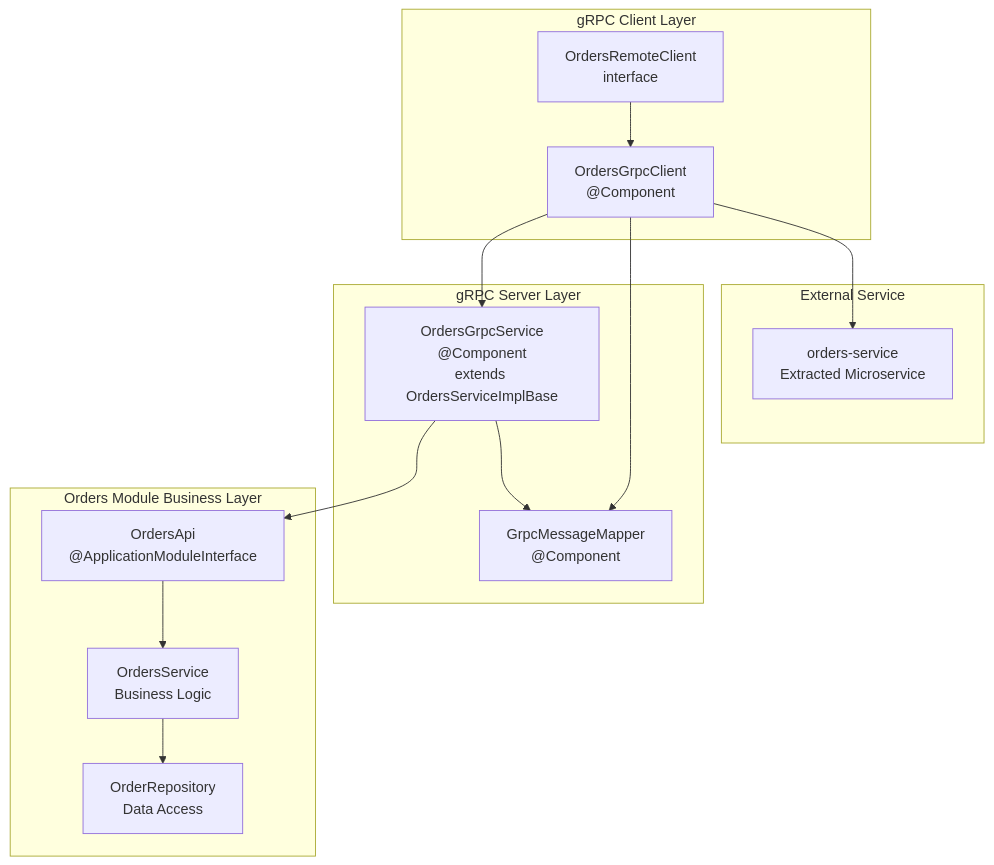
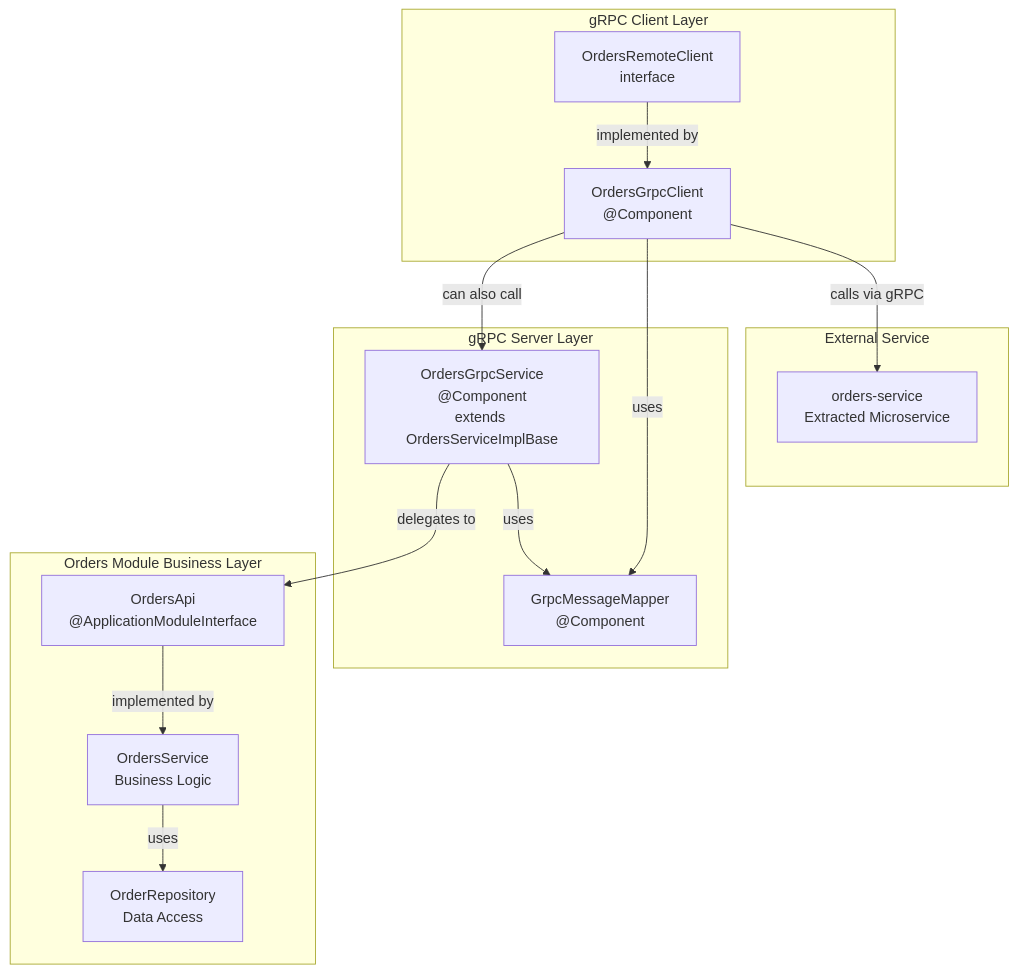
Diagram 11 of 11 in docs/deepwiki/gRPC-Infrastructure.md (philipz/spring-modular-monolith), drawn with Mermaid before and after one commit. The commit also changed other lines of this file and 55 other files, not shown here.

````diff
--- a/docs/deepwiki/gRPC-Infrastructure.md
+++ b/docs/deepwiki/gRPC-Infrastructure.md
@@ -694,41 +694,41 @@
 ```mermaid
 flowchart TD
 
 OrdersApi["OrdersApi<br>@ApplicationModuleInterface"]
 OrdersService["OrdersService<br>Business Logic"]
 OrderRepository["OrderRepository<br>Data Access"]
 OrdersGrpcService["OrdersGrpcService<br>@Component<br>extends OrdersServiceImplBase"]
 GrpcMessageMapper["GrpcMessageMapper<br>@Component"]
 OrdersRemoteClient["OrdersRemoteClient<br>interface"]
 OrdersGrpcClient["OrdersGrpcClient<br>@Component"]
 ExtOrdersService["orders-service<br>Extracted Microservice"]
 
-OrdersGrpcService --> OrdersApi
-OrdersGrpcClient --> GrpcMessageMapper
-OrdersGrpcClient --> ExtOrdersService
-OrdersGrpcClient --> OrdersGrpcService
+OrdersGrpcService -->|"delegates to"| OrdersApi
+OrdersGrpcClient -->|"uses"| GrpcMessageMapper
+OrdersGrpcClient -->|"calls via gRPC"| ExtOrdersService
+OrdersGrpcClient -->|"can also call"| OrdersGrpcService
 
 subgraph subGraph3 ["External Service"]
     ExtOrdersService
 end
 
 subgraph subGraph2 ["gRPC Client Layer"]
     OrdersRemoteClient
     OrdersGrpcClient
-    OrdersRemoteClient --> OrdersGrpcClient
+    OrdersRemoteClient -->|"implemented by"| OrdersGrpcClient
 end
 
 subgraph subGraph1 ["gRPC Server Layer"]
     OrdersGrpcService
     GrpcMessageMapper
-    OrdersGrpcService --> GrpcMessageMapper
+    OrdersGrpcService -->|"uses"| GrpcMessageMapper
 end
 
 subgraph subGraph0 ["Orders Module Business Layer"]
     OrdersApi
     OrdersService
     OrderRepository
-    OrdersApi --> OrdersService
-    OrdersService --> OrderRepository
+    OrdersApi -->|"implemented by"| OrdersService
+    OrdersService -->|"uses"| OrderRepository
 end
 ```
````
